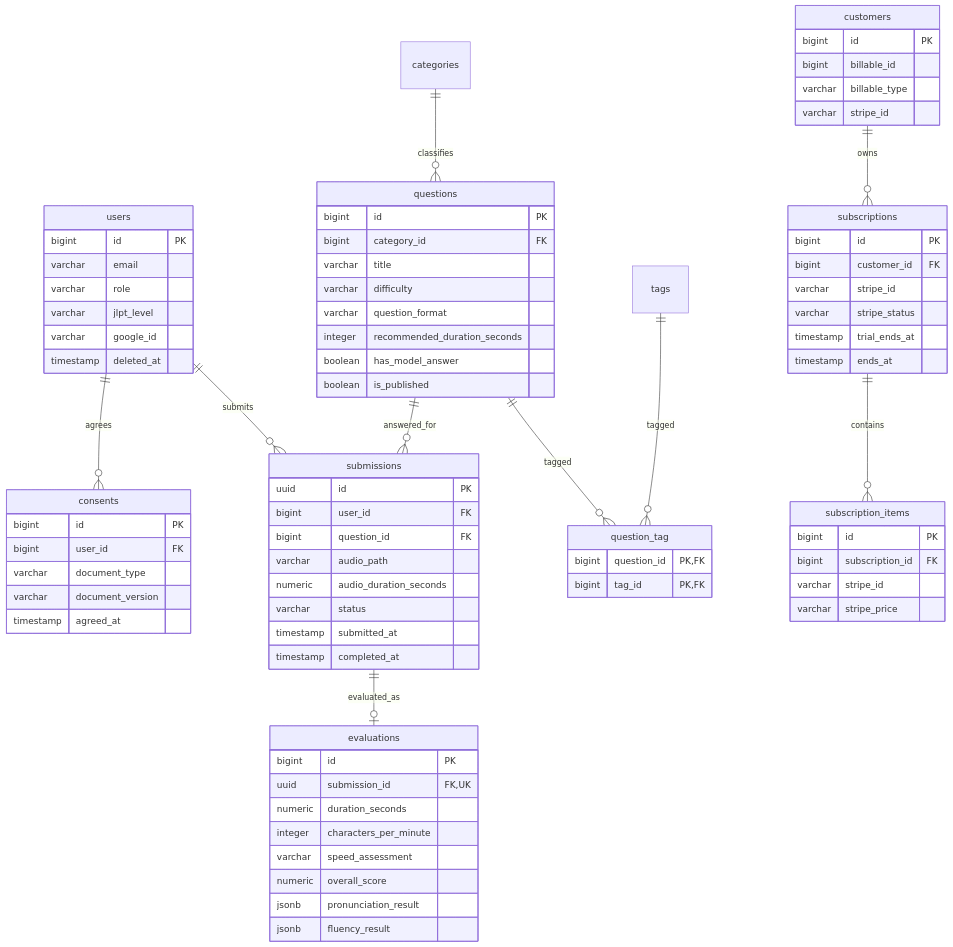
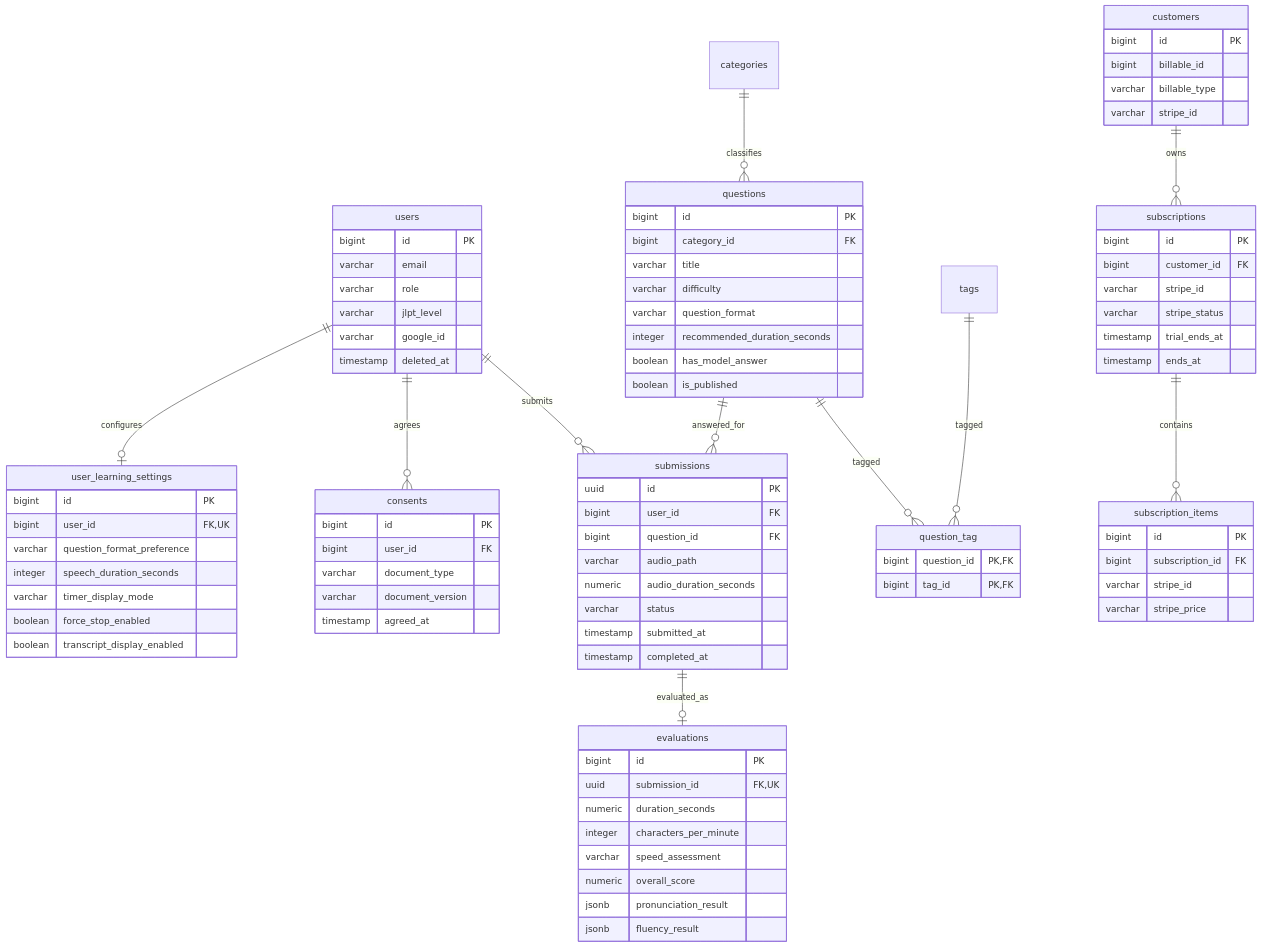
The diagram in docs/DB_SCHEMA.md (kurukobaweb/nihongo), drawn with Mermaid before and after one commit. The commit also changed other lines of this file and 5 other files, not shown here.

```diff
--- a/docs/DB_SCHEMA.md
+++ b/docs/DB_SCHEMA.md
@@ -103,6 +110,7 @@
 erDiagram
     users ||--o{ submissions : submits
     users ||--o{ consents : agrees
+    users ||--o| user_learning_settings : configures
     categories ||--o{ questions : classifies
     questions ||--o{ question_tag : tagged
     tags ||--o{ question_tag : tagged
@@ -118,6 +126,16 @@
         varchar jlpt_level
         varchar google_id
         timestamp deleted_at
+    }
+
+    user_learning_settings {
+        bigint id PK
+        bigint user_id FK,UK
+        varchar question_format_preference
+        integer speech_duration_seconds
+        varchar timer_display_mode
+        boolean force_stop_enabled
+        boolean transcript_display_enabled
     }
 
     questions {
```
